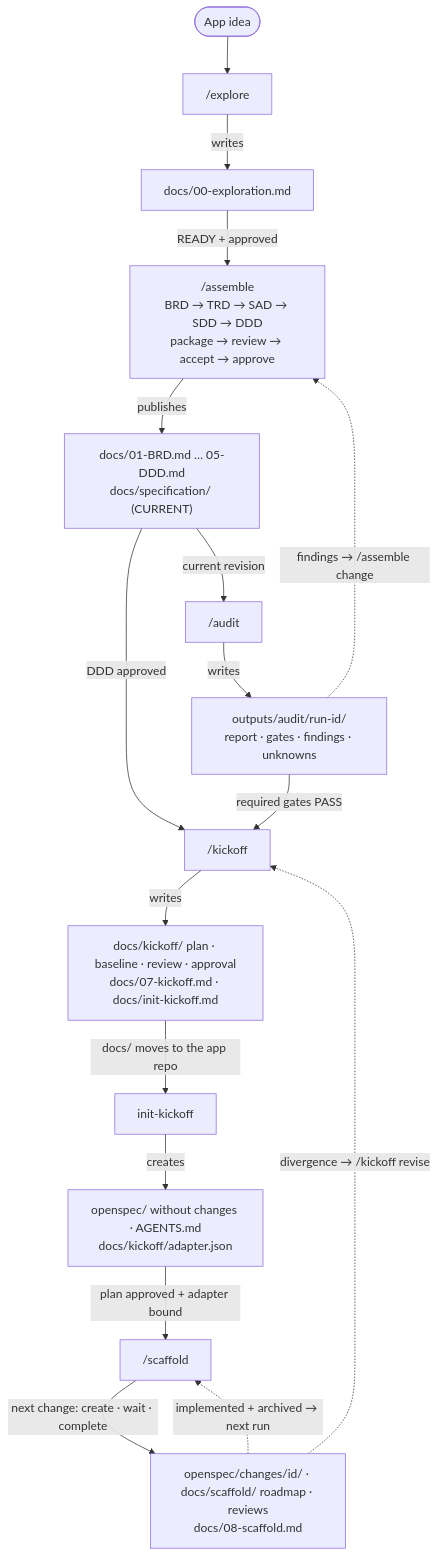
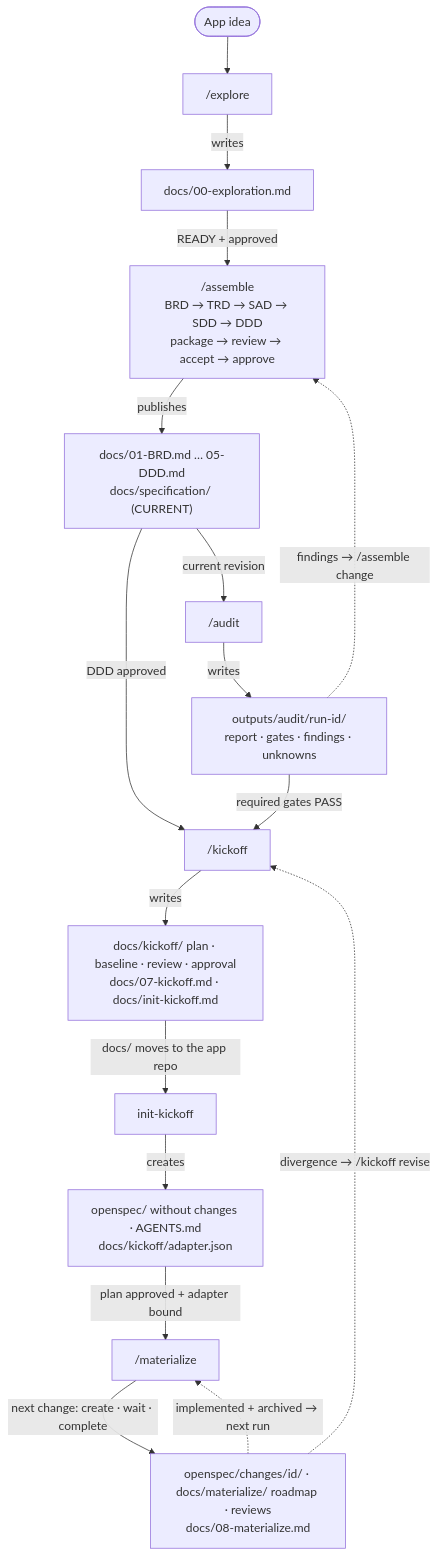
Before and after one commit to oastashev/claude-code-skills: the diagram in README.md, drawn with Mermaid. The commit also changed other lines of this file and 9 other files, not shown here.

Commit message:
Renamed scaffold to materialize

````diff
--- a/README.md
+++ b/README.md
@@ -28,19 +28,19 @@
 ```mermaid
 flowchart TB
   idea([App idea]) --> explore["/explore"]
   explore -->|writes| X["docs/00-exploration.md"]
   X -->|"READY + approved"| assemble["/assemble<br/>BRD → TRD → SAD → SDD → DDD<br/>package → review → accept → approve"]
   assemble -->|publishes| S["docs/01-BRD.md … 05-DDD.md<br/>docs/specification/ (CURRENT)"]
   S -->|current revision| audit["/audit"]
   audit -->|writes| R["outputs/audit/run-id/<br/>report · gates · findings · unknowns"]
   R -.->|"findings → /assemble change"| assemble
   S -->|"DDD approved"| kickoff["/kickoff"]
   R -->|"required gates PASS"| kickoff
   kickoff -->|writes| K["docs/kickoff/ plan · baseline · review · approval<br/>docs/07-kickoff.md · docs/init-kickoff.md"]
   K -->|"docs/ moves to the app repo"| init["init-kickoff"]
   init -->|creates| O["openspec/ without changes · AGENTS.md<br/>docs/kickoff/adapter.json"]
-  O -->|"plan approved + adapter bound"| scaffold["/scaffold"]
-  scaffold -->|"next change: create · wait · complete"| C["openspec/changes/id/ · docs/scaffold/ roadmap · reviews<br/>docs/08-scaffold.md"]
-  C -.->|"implemented + archived → next run"| scaffold
+  O -->|"plan approved + adapter bound"| materialize["/materialize"]
+  materialize -->|"next change: create · wait · complete"| C["openspec/changes/id/ · docs/materialize/ roadmap · reviews<br/>docs/08-materialize.md"]
+  C -.->|"implemented + archived → next run"| materialize
   C -.->|"divergence → /kickoff revise"| kickoff
 ```
````
